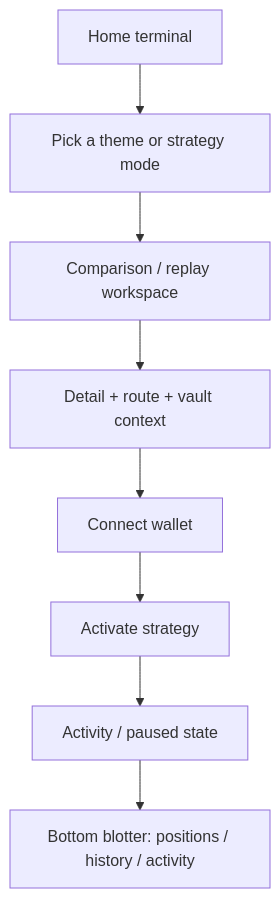
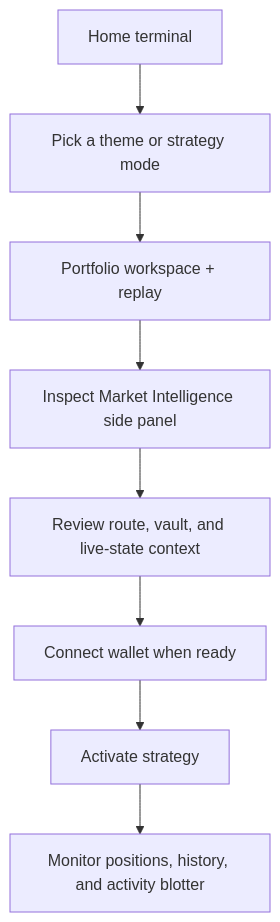
The third of 3 diagrams in docs/DIAGRAMS.md (twentyOne2x/xstocks-strategy-lab), drawn with Mermaid before and after one commit. The commit also changed other lines of this file and 1 other file, not shown here.

First line of the commit message:
Align diagrams with intelligence-led terminal architecture

````diff
--- a/docs/DIAGRAMS.md
+++ b/docs/DIAGRAMS.md
@@ -37,10 +54,10 @@
 ```mermaid
 flowchart TD
     A["Home terminal"] --> B["Pick a theme or strategy mode"]
-    B --> C["Comparison / replay workspace"]
-    C --> D["Detail + route + vault context"]
-    D --> E["Connect wallet"]
-    E --> F["Activate strategy"]
-    F --> G["Activity / paused state"]
-    G --> H["Bottom blotter: positions / history / activity"]
+    B --> C["Portfolio workspace + replay"]
+    C --> D["Inspect Market Intelligence side panel"]
+    D --> E["Review route, vault, and live-state context"]
+    E --> F["Connect wallet when ready"]
+    F --> G["Activate strategy"]
+    G --> H["Monitor positions, history, and activity blotter"]
 ```
````
